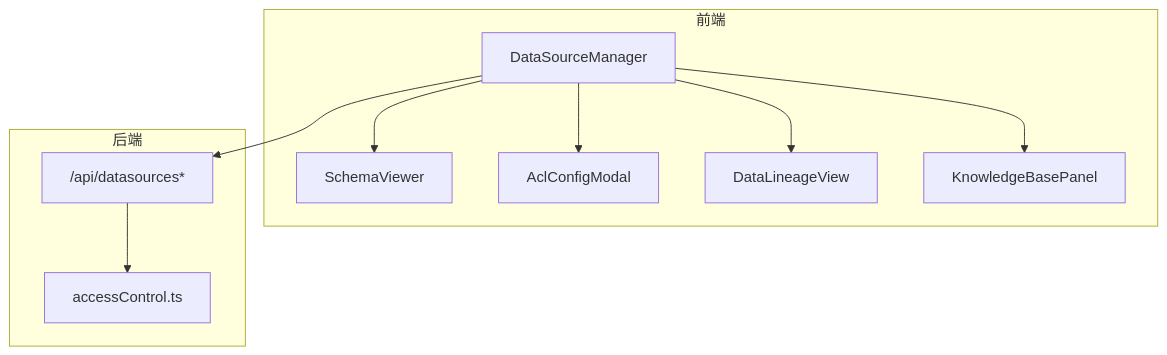
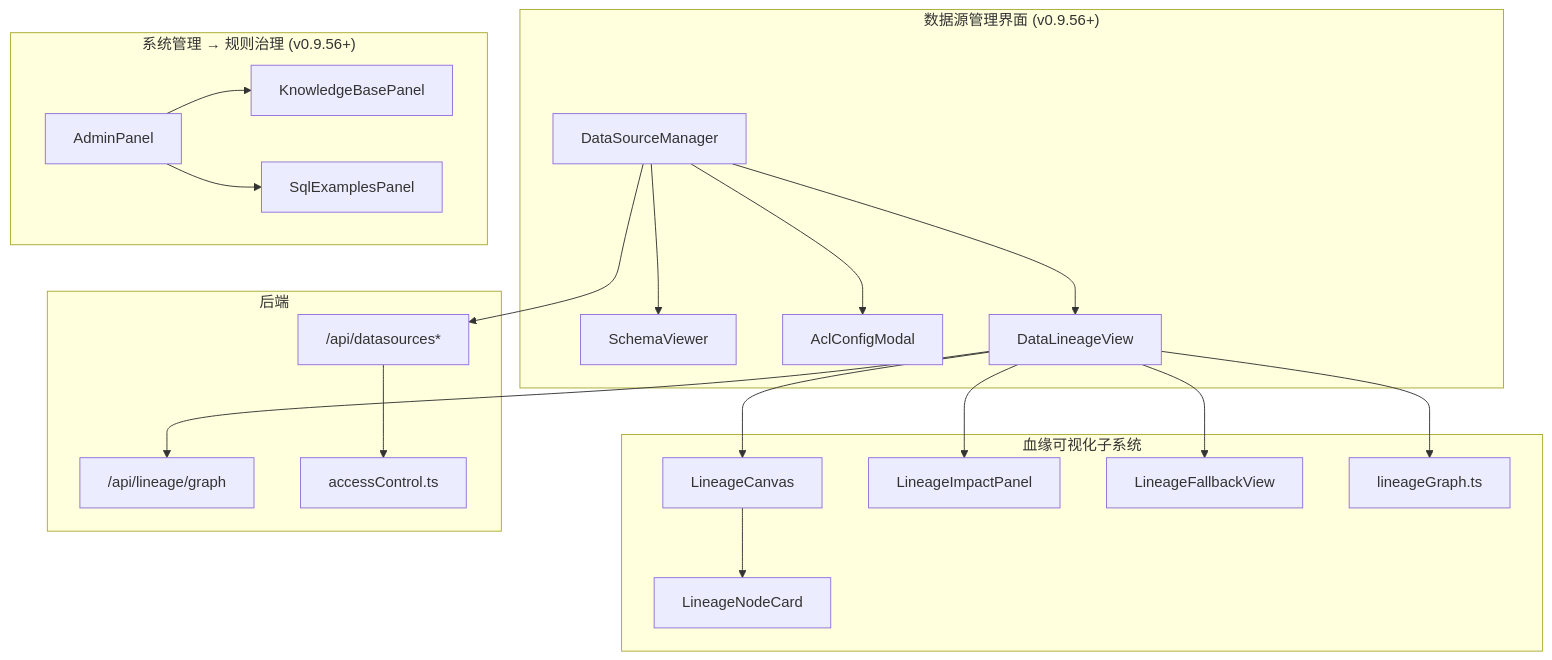
Before and after one commit to dgjin/smart-data-analytics: the first of 7 diagrams in .qoder/repowiki/zh/content/前端应用/核心组件库/数据源管理组件.md, drawn with Mermaid. The commit also changed other lines of this file and 146 other files, not shown here.

````diff
--- a/.qoder/repowiki/zh/content/前端应用/核心组件库/数据源管理组件.md
+++ b/.qoder/repowiki/zh/content/前端应用/核心组件库/数据源管理组件.md
@@ -41,20 +59,39 @@
 ```mermaid
 graph TB
-subgraph "前端"
+subgraph "数据源管理界面 (v0.9.56+)"
 DSM["DataSourceManager"]
 SV["SchemaViewer"]
 ACLM["AclConfigModal"]
 DLV["DataLineageView"]
+end
+subgraph "血缘可视化子系统"
+LC["LineageCanvas"]
+LNC["LineageNodeCard"]
+LIP["LineageImpactPanel"]
+LFV["LineageFallbackView"]
+LG["lineageGraph.ts"]
+end
+subgraph "系统管理 → 规则治理 (v0.9.56+)"
 KBP["KnowledgeBasePanel"]
+SEP["SqlExamplesPanel"]
+AP["AdminPanel"]
 end
 subgraph "后端"
 DSAPI["/api/datasources*"]
+LAPI["/api/lineage/graph"]
 ACLOps["accessControl.ts"]
 end
 DSM --> DSAPI
 DSM --> SV
 DSM --> ACLM
 DSM --> DLV
-DSM --> KBP
+DLV --> LC
+LC --> LNC
+DLV --> LIP
+DLV --> LFV
+DLV --> LG
+AP --> KBP
+AP --> SEP
 DSAPI --> ACLOps
+DLV --> LAPI
 ```
````
